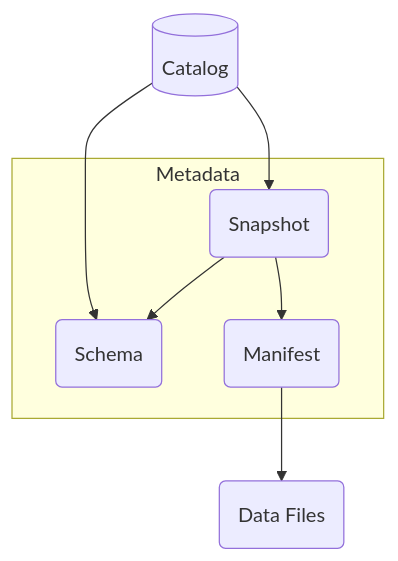
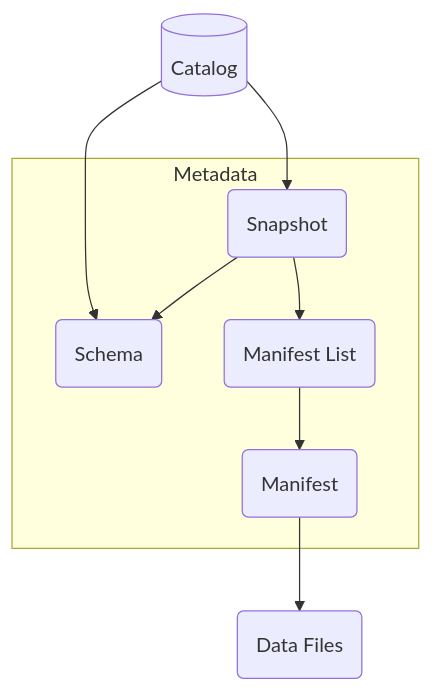
One commit to mabel-dev/tarchia changed the diagram in README.md. Above: the diagram before and after it, drawn with Mermaid. The commit also changed other lines of this file and 5 other files, not shown here.

```diff
--- a/README.md
+++ b/README.md
@@ -32,10 +35,11 @@
 ~~~mermaid
 flowchart TD
     CATALOG[(Catalog)] --> SNAPSHOT(Snapshot)
     CATALOG  --> SCHEMA(Schema)
     subgraph Metadata 
         SNAPSHOT --> SCHEMA
-        SNAPSHOT --> MANIFEST(Manifest)
+        SNAPSHOT --> MAN_LIST(Manifest List)
+        MAN_LIST --> MANIFEST(Manifest)
     end
     MANIFEST --> DATA(Data Files)
 ~~~
```
